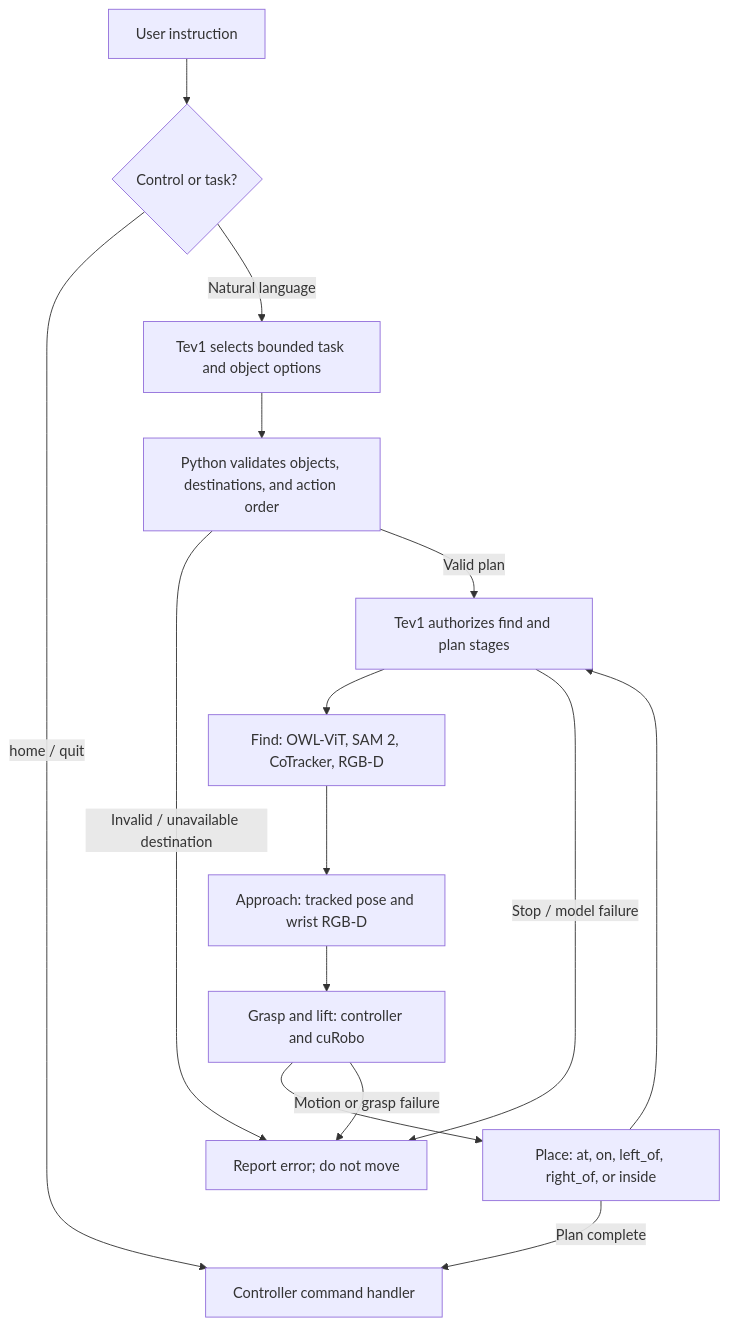
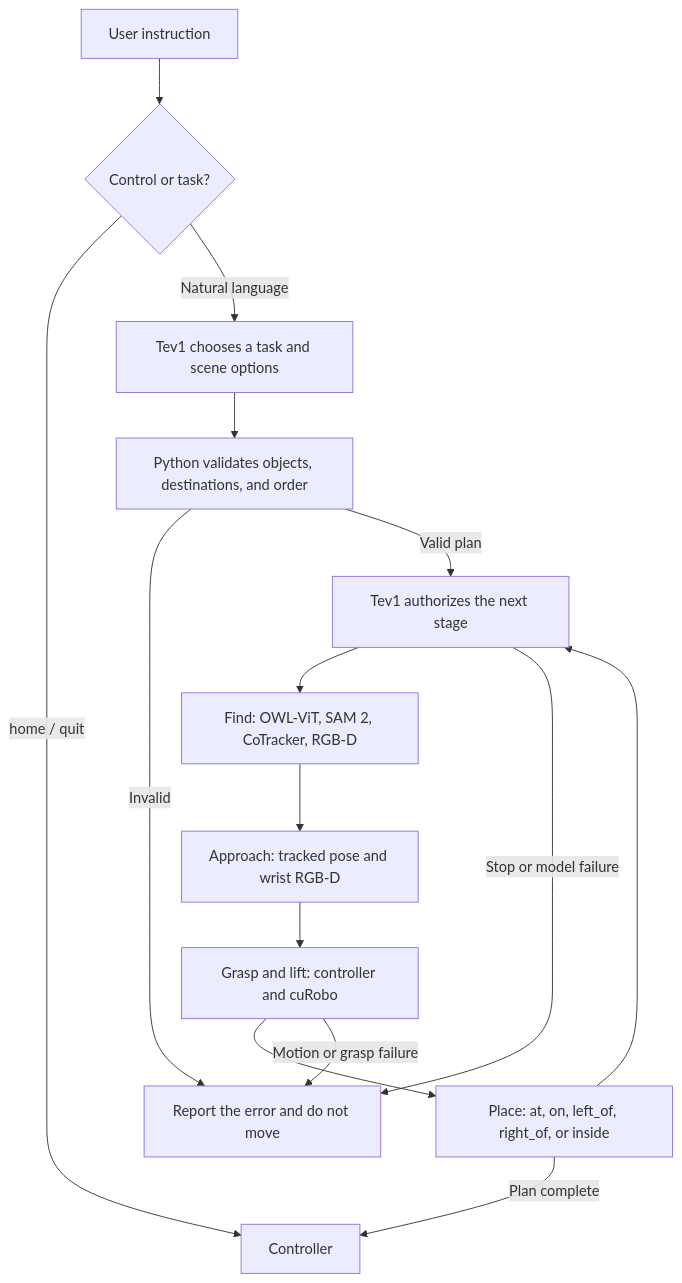
One commit to khuzema-h/pseudo_vla changed the diagram in README.md. Above: the diagram before and after it, drawn with Mermaid. The commit also changed other lines of this file, not shown here.

````diff
--- a/README.md
+++ b/README.md
@@ -35,17 +32,17 @@
 ```mermaid
 flowchart TD
     U[User instruction] --> C{Control or task?}
-    C -->|home / quit| R[Controller command handler]
-    C -->|Natural language| T[Tev1 selects bounded task and object options]
-    T --> V[Python validates objects, destinations, and action order]
-    V -->|Invalid / unavailable destination| E[Report error; do not move]
-    V -->|Valid plan| D[Tev1 authorizes find and plan stages]
+    C -->|home / quit| R[Controller]
+    C -->|Natural language| T[Tev1 chooses a task and scene options]
+    T --> V[Python validates objects, destinations, and order]
+    V -->|Invalid| E[Report the error and do not move]
+    V -->|Valid plan| D[Tev1 authorizes the next stage]
     D --> F[Find: OWL-ViT, SAM 2, CoTracker, RGB-D]
     F --> A[Approach: tracked pose and wrist RGB-D]
     A --> G[Grasp and lift: controller and cuRobo]
     G --> P[Place: at, on, left_of, right_of, or inside]
     P --> D
     G -->|Motion or grasp failure| E
-    D -->|Stop / model failure| E
+    D -->|Stop or model failure| E
     P -->|Plan complete| R
 ```
````
